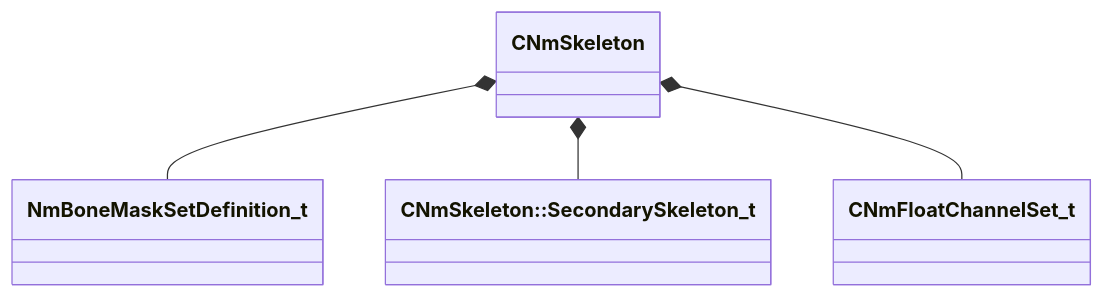
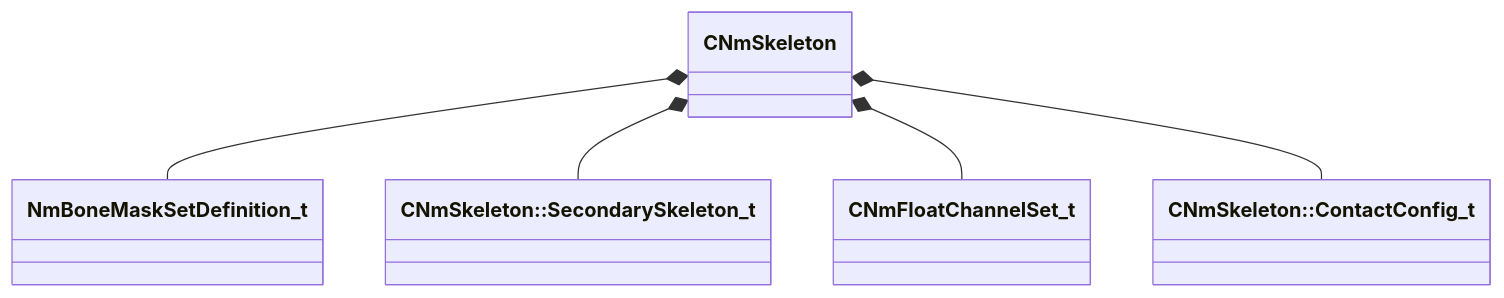
Before and after one commit to CS2OpenDev/CS2OpenDev-Docs: the diagram in docs/generated/schemas/animlib/CNmSkeleton.md, drawn with Mermaid. The commit also changed other lines of this file and 4654 other files, not shown here.

Commit message:
docs: regenerate for SchemaTracker build 25947352 [skip ci]

````diff
--- a/docs/generated/schemas/animlib/CNmSkeleton.md
+++ b/docs/generated/schemas/animlib/CNmSkeleton.md
@@ -17,6 +17,7 @@
 ```mermaid
 classDiagram
     CNmSkeleton *-- NmBoneMaskSetDefinition_t
     CNmSkeleton *-- `CNmSkeleton::SecondarySkeleton_t`
     CNmSkeleton *-- CNmFloatChannelSet_t
+    CNmSkeleton *-- `CNmSkeleton::ContactConfig_t`
 ```
````
